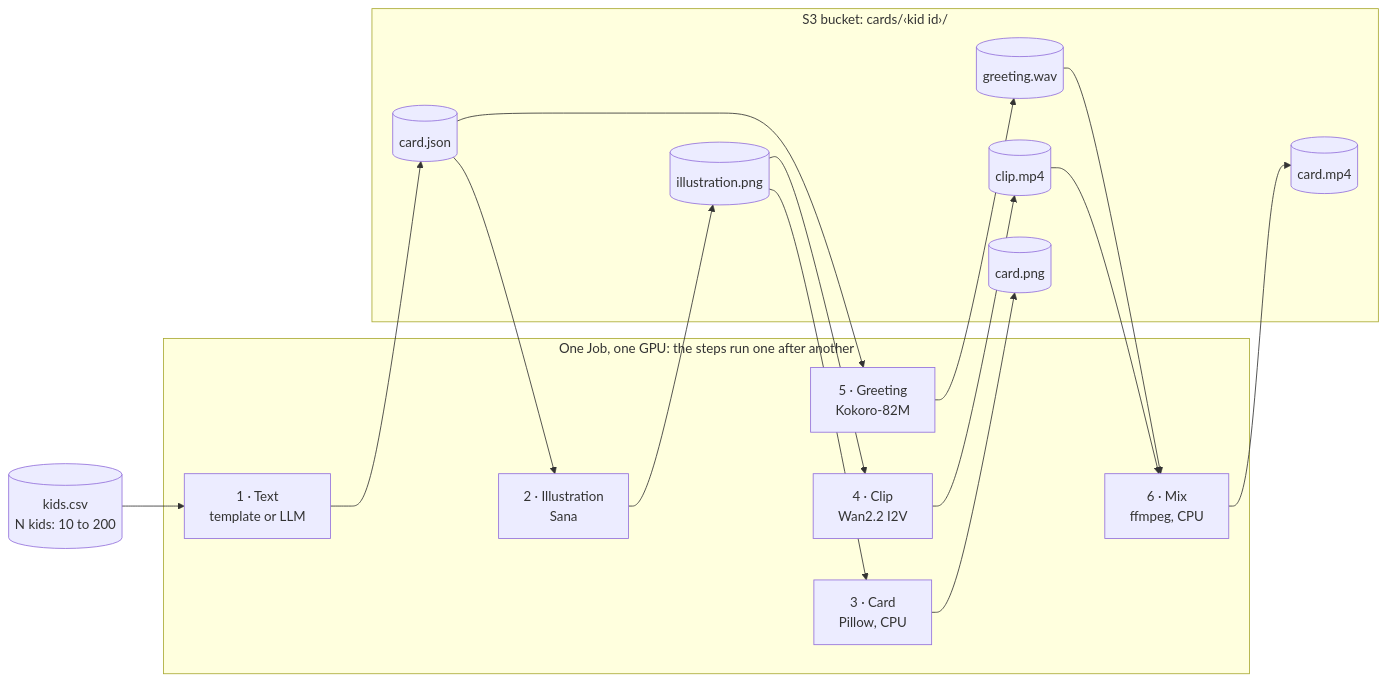
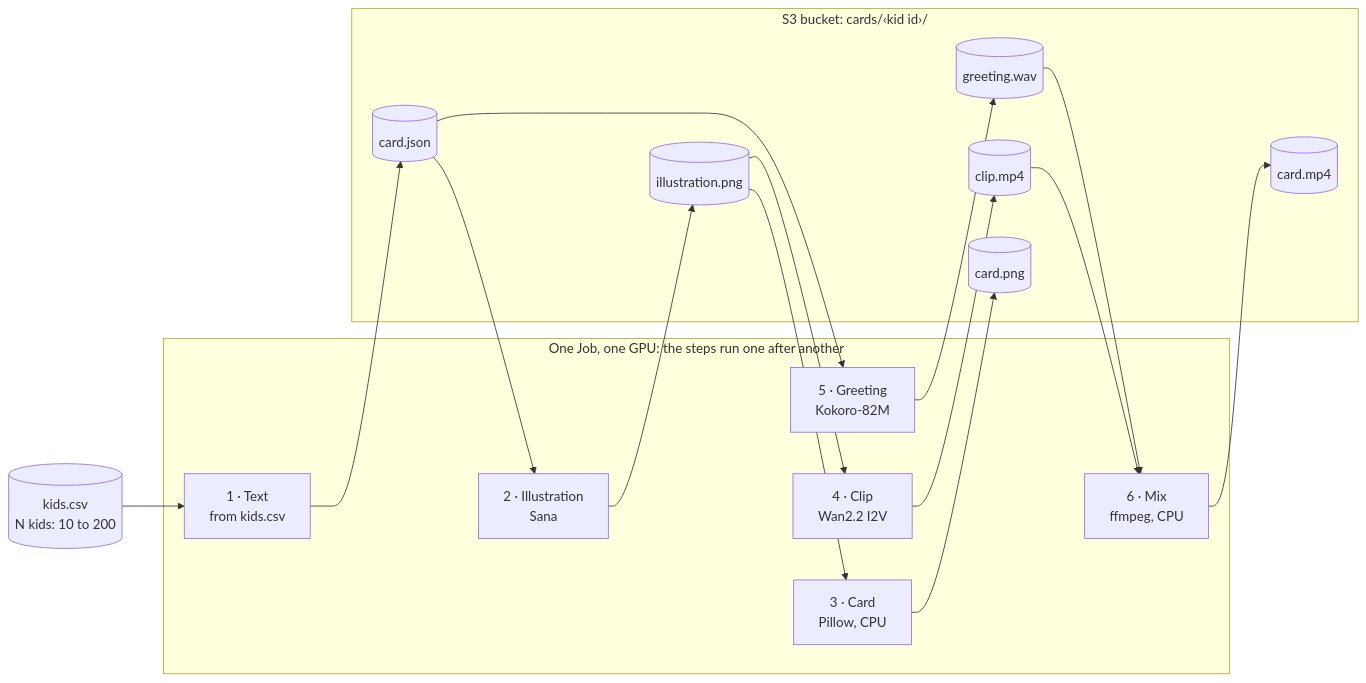
The second of 4 diagrams in 01-consistent-media-generation-on-serverless-gpus/04-serving-vs-batch.md (mnrozhkov/production-ai-agents-for-media-generation), drawn with Mermaid before and after one commit. The commit also changed other lines of this file and 4 other files, not shown here.

First line of the commit message:
refactor(04-serving-vs-batch): read card text from kids.csv

````diff
--- a/01-consistent-media-generation-on-serverless-gpus/04-serving-vs-batch.md
+++ b/01-consistent-media-generation-on-serverless-gpus/04-serving-vs-batch.md
@@ -101,28 +99,28 @@
 ```mermaid
 flowchart LR
     rec[("kids.csv<br/>N kids: 10 to 200")]
     subgraph job["One Job, one GPU: the steps run one after another"]
-        txt["1 · Text<br/>template or LLM"]
+        txt["1 · Text<br/>from kids.csv"]
         img["2 · Illustration<br/>Sana"]
         crd["3 · Card<br/>Pillow, CPU"]
         vid["4 · Clip<br/>Wan2.2 I2V"]
         spk["5 · Greeting<br/>Kokoro-82M"]
         mix["6 · Mix<br/>ffmpeg, CPU"]
     end
     subgraph s3["S3 bucket: cards/‹kid id›/"]
         fj[("card.json")]
         fi[("illustration.png")]
         fc[("card.png")]
         fv[("clip.mp4")]
         fg[("greeting.wav")]
         fm[("card.mp4")]
     end
     rec --> txt --> fj
     fj --> img --> fi
     fi --> crd --> fc
     fi --> vid --> fv
     fj --> spk --> fg
     fv --> mix
     fg --> mix
     mix --> fm
 ```
````
